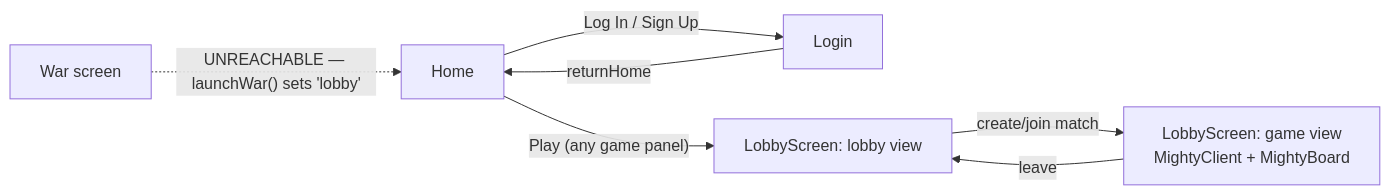
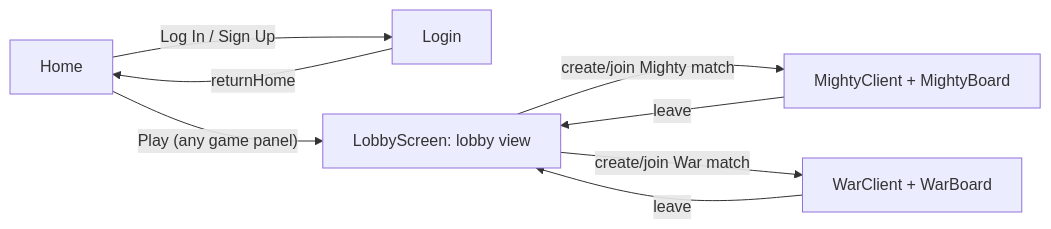
One commit to j-martinovic/CardGameApp changed the diagram in docs/02-frontend.md. Above: the diagram before and after it, drawn with Mermaid. The commit also changed other lines of this file and 7 other files, not shown here.

````diff
--- a/docs/02-frontend.md
+++ b/docs/02-frontend.md
@@ -10,9 +13,10 @@
 ```mermaid
 flowchart LR
     Home -->|Log In / Sign Up| Login
     Login -->|returnHome| Home
     Home -->|"Play (any game panel)"| Lobby[LobbyScreen: lobby view]
-    Lobby -->|create/join match| Game[LobbyScreen: game view<br/>MightyClient + MightyBoard]
-    Game -->|leave| Lobby
-    War[War screen] -.->|"UNREACHABLE — launchWar() sets 'lobby'"| Home
+    Lobby -->|"create/join Mighty match"| MightyG[MightyClient + MightyBoard]
+    Lobby -->|"create/join War match"| WarG[WarClient + WarBoard]
+    MightyG -->|leave| Lobby
+    WarG -->|leave| Lobby
 ```
````
